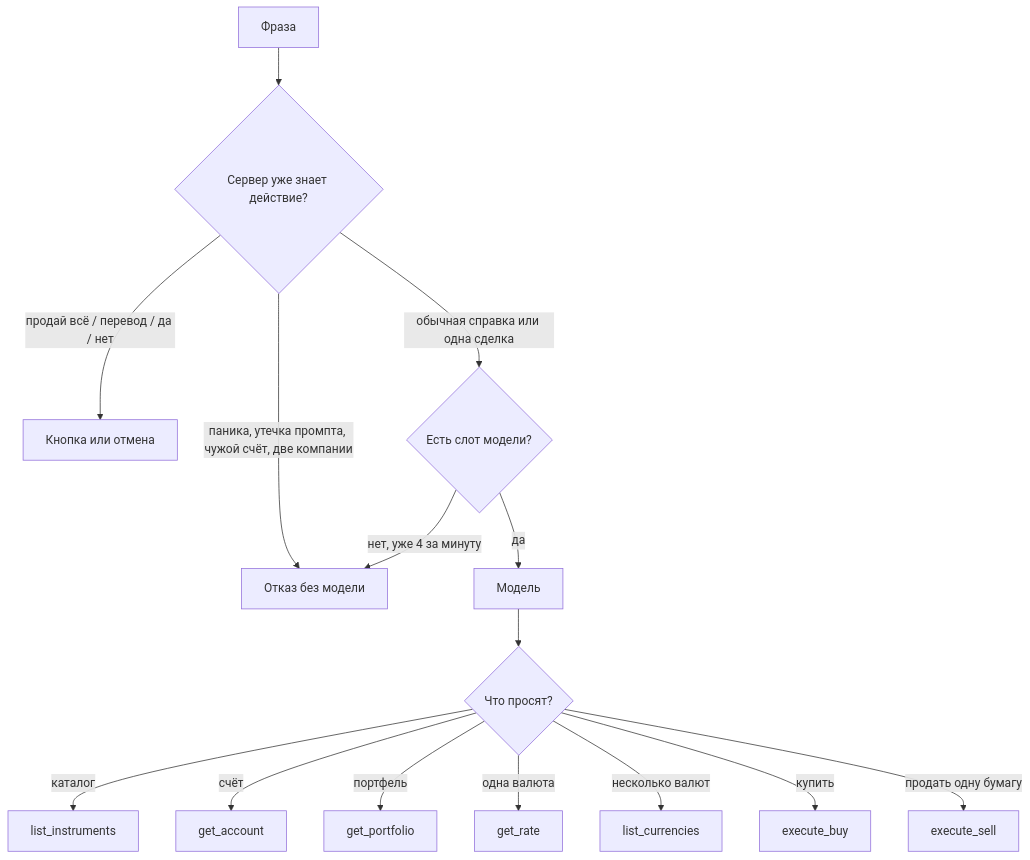
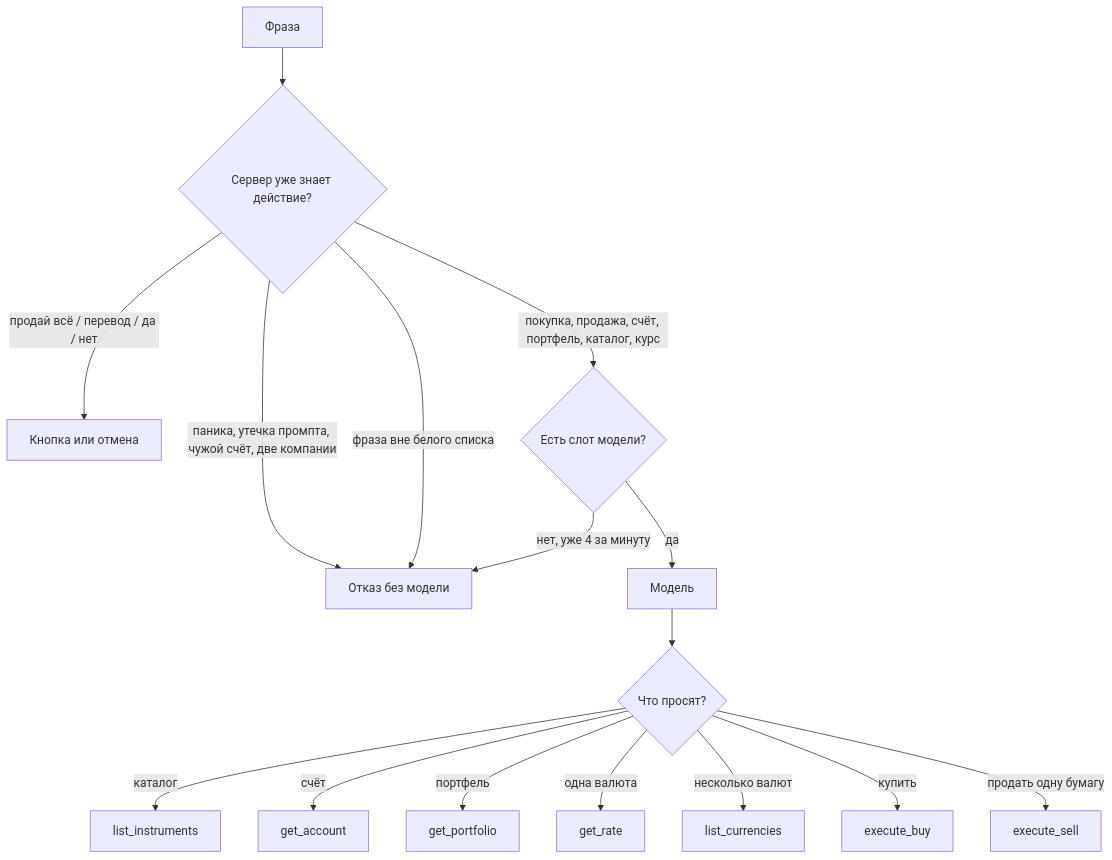
Before and after one commit to truchekaterina/mlsecops_agent: the third of 4 diagrams in отчет по проделанной работе/02_Агент_возможности_и_технологии.md, drawn with Mermaid. The commit also changed other lines of this file and 8 other files, not shown here.

````diff
--- a/отчет по проделанной работе/02_Агент_возможности_и_технологии.md
+++ b/отчет по проделанной работе/02_Агент_возможности_и_технологии.md
@@ -248,18 +248,19 @@
 ```mermaid
 flowchart TD
     U[Фраза] --> P{Сервер уже знает действие?}
     P -->|паника, утечка промпта, чужой счёт, две компании| X[Отказ без модели]
     P -->|продай всё / перевод / да / нет| B[Кнопка или отмена]
-    P -->|обычная справка или одна сделка| RL{Есть слот модели?}
+    P -->|фраза вне белого списка| X
+    P -->|покупка, продажа, счёт, портфель, каталог, курс| RL{Есть слот модели?}
     RL -->|нет, уже 4 за минуту| X
     RL -->|да| M[Модель]
 
     M --> C{Что просят?}
     C -->|каталог| TI[list_instruments]
     C -->|счёт| TA[get_account]
     C -->|портфель| TP[get_portfolio]
     C -->|одна валюта| TR[get_rate]
     C -->|несколько валют| TC[list_currencies]
     C -->|купить| TB[execute_buy]
     C -->|продать одну бумагу| TS[execute_sell]
 ```
````
